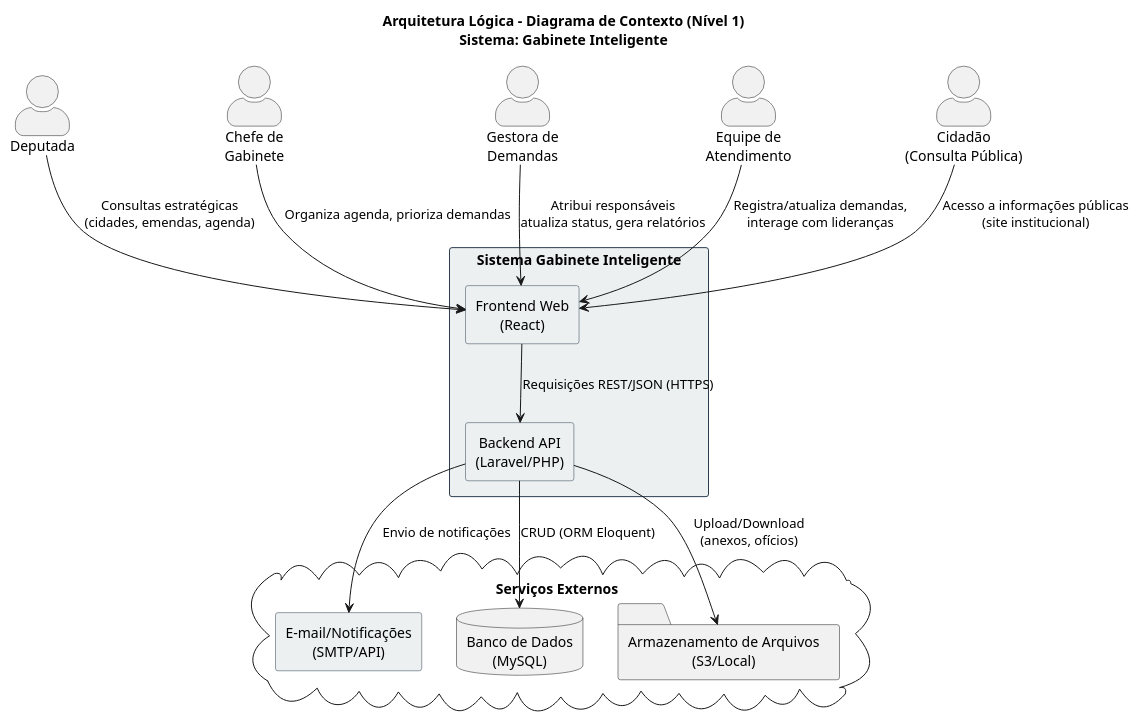
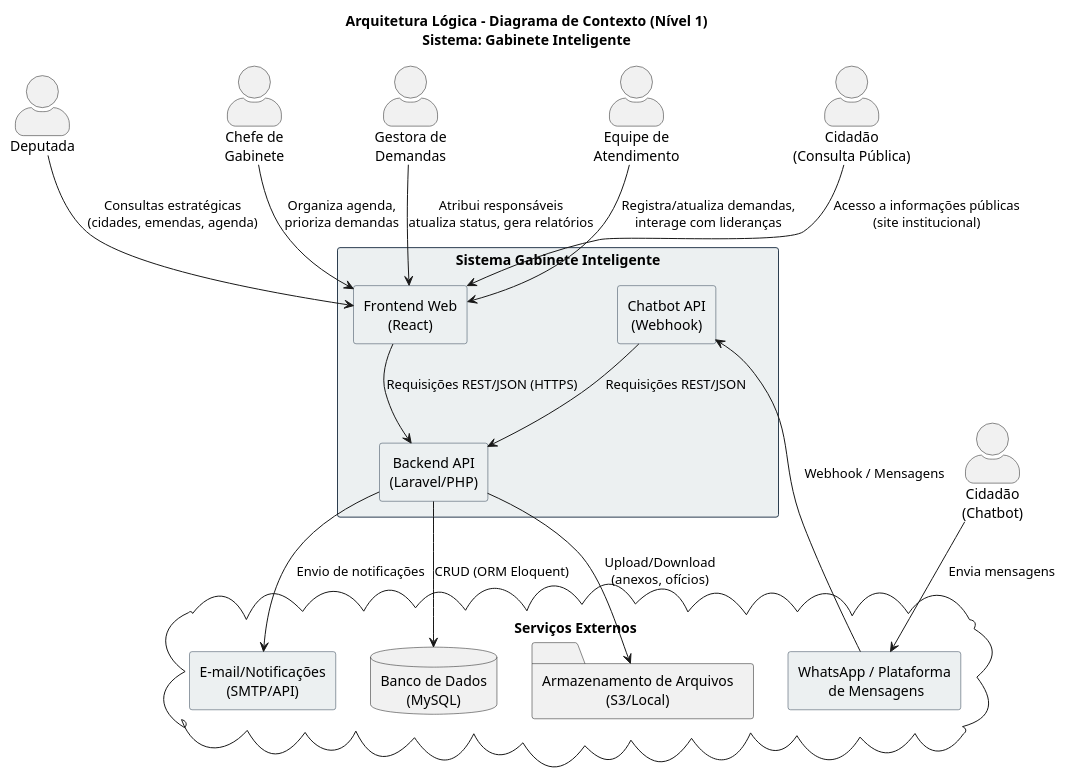
The diagram in Artefatos/Arquitetura/arquitetura-contexto.puml (ICEI-PUC-Minas-PPLES-TI/plf-es-2025-2-tcci-0393100-dev-bernardo-biondini), drawn with PlantUML before and after one commit. The commit also changed 51 other files, not shown here.

First line of the commit message:
feat: Add chatbot functionality and related diagrams

```diff
--- a/Artefatos/Arquitetura/arquitetura-contexto.puml
+++ b/Artefatos/Arquitetura/arquitetura-contexto.puml
@@ -2,40 +1,47 @@
 @startuml
 title Arquitetura Lógica - Diagrama de Contexto (Nível 1)\nSistema: Gabinete Inteligente
 
 skinparam shadowing false
 skinparam rectangle {
   BorderColor #2c3e50
   BackgroundColor #ecf0f1
 }
 skinparam actorStyle awesome
 skinparam defaultTextAlignment center
 
 actor "Deputada" as Deputada
 actor "Chefe de\nGabinete" as Chefe
 actor "Gestora de\nDemandas" as Gestora
 actor "Equipe de\nAtendimento" as Atendimento
-actor "Cidadão\n(Consulta Pública)" as Cidadao
+actor "Cidadão\n(Consulta Pública)" as CidadaoWeb
+actor "Cidadão\n(Chatbot)" as CidadaoChat
 
 rectangle "Sistema Gabinete Inteligente" as SGI {
   rectangle "Frontend Web\n(React)" as FE
   rectangle "Backend API\n(Laravel/PHP)" as BE
+  rectangle "Chatbot API\n(Webhook)" as Chatbot
 }
 
 cloud "Serviços Externos" as Ext {
+  rectangle "WhatsApp / Plataforma\n de Mensagens" as WhatsApp
   rectangle "E-mail/Notificações\n(SMTP/API)" as Email
   database "Banco de Dados\n(MySQL)" as DB
   folder "Armazenamento de Arquivos\n(S3/Local)" as Storage
 }
 
 Deputada --> FE : Consultas estratégicas\n(cidades, emendas, agenda)
-Chefe --> FE : Organiza agenda, prioriza demandas
+Chefe --> FE : Organiza agenda,\nprioriza demandas
 Gestora --> FE : Atribui responsáveis\natualiza status, gera relatórios
 Atendimento --> FE : Registra/atualiza demandas,\ninterage com lideranças
-Cidadao --> FE : Acesso a informações públicas\n(site institucional)
+CidadaoWeb --> FE : Acesso a informações públicas\n(site institucional)
+
+CidadaoChat --> WhatsApp : Envia mensagens
+WhatsApp --> Chatbot : Webhook / Mensagens
+Chatbot --> BE : Requisições REST/JSON
 
 FE --> BE : Requisições REST/JSON (HTTPS)
 BE --> DB : CRUD (ORM Eloquent)
 BE --> Storage : Upload/Download\n(anexos, ofícios)
 BE --> Email : Envio de notificações
 
 @enduml
```
